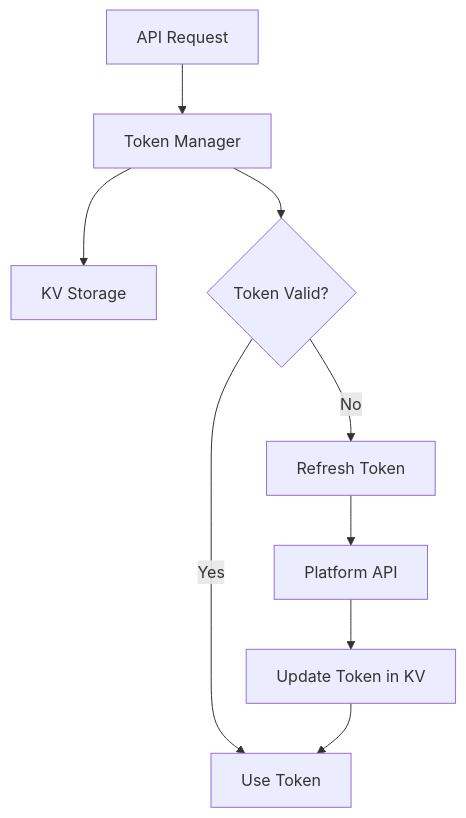
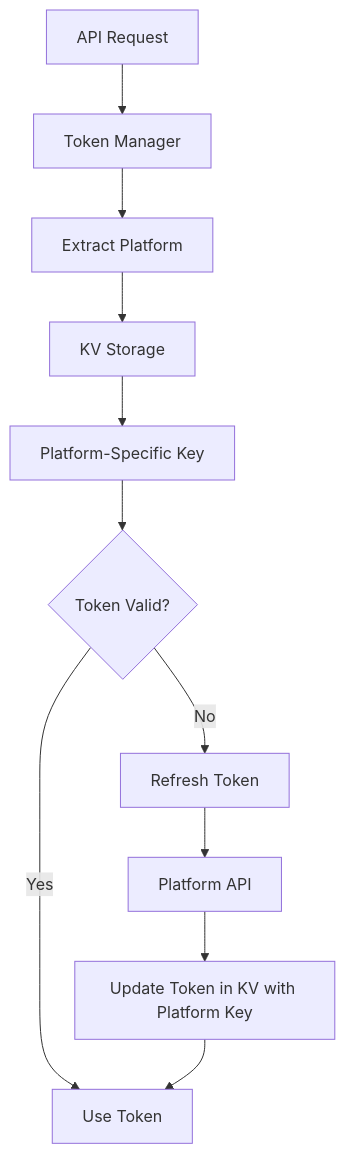
The eighth of 19 diagrams in memory-bank/systemPatterns.md (open-crosspost/open-crosspost-proxy-service), drawn with Mermaid before and after one commit. The commit also changed other lines of this file and 19 other files, not shown here.

Commit message:
platform specific keys

````diff
--- a/memory-bank/systemPatterns.md
+++ b/memory-bank/systemPatterns.md
@@ -180,11 +206,13 @@
 ```mermaid
 flowchart TD
     Request[API Request] --> TokenManager[Token Manager]
-    TokenManager --> KV[KV Storage]
-    TokenManager --> Valid{Token Valid?}
+    TokenManager --> ExtractPlatform[Extract Platform]
+    ExtractPlatform --> KV[KV Storage]
+    KV --> PlatformKey[Platform-Specific Key]
+    PlatformKey --> Valid{Token Valid?}
     Valid -->|Yes| UseToken[Use Token]
     Valid -->|No| Refresh[Refresh Token]
     Refresh --> Platform[Platform API]
-    Platform --> UpdateToken[Update Token in KV]
+    Platform --> UpdateToken[Update Token in KV with Platform Key]
     UpdateToken --> UseToken
 ```
````
